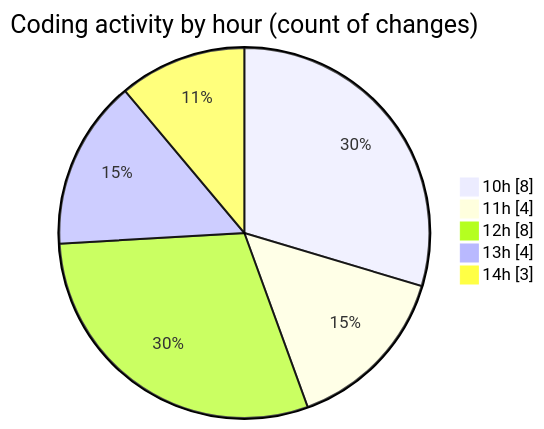
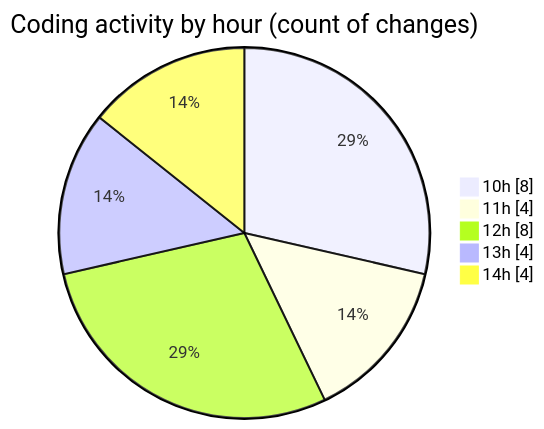
The second of 2 diagrams in 2025-08-07/nxtqube_webapp/README.md (nxtqubesakshisongat/code-tracking), drawn with Mermaid before and after one commit. The commit also changed other lines of this file and 1 other file, not shown here.

````diff
--- a/2025-08-07/nxtqube_webapp/README.md
+++ b/2025-08-07/nxtqube_webapp/README.md
@@ -35,9 +35,9 @@
 ```mermaid
 pie showData
 title Coding activity by hour (count of changes)
 "10h" : 8
 "11h" : 4
 "12h" : 8
 "13h" : 4
-"14h" : 3
+"14h" : 4
 ```
````
